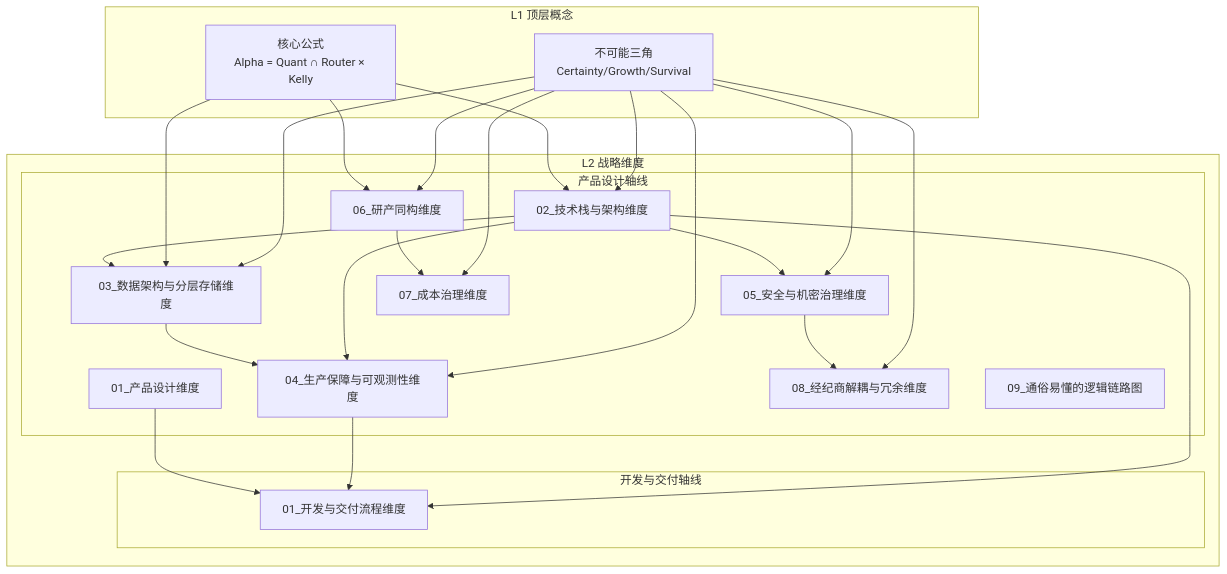
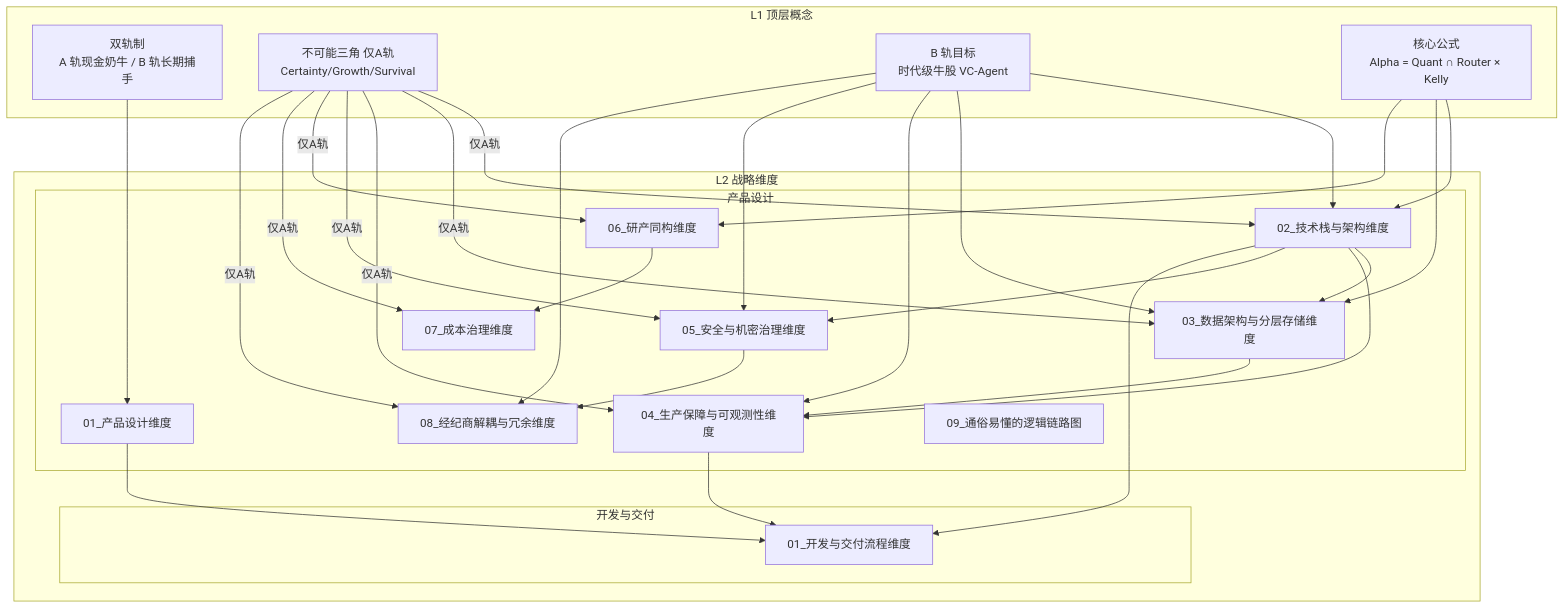
The diagram in 02_战略维度/00_维度关系总览.md (myxxhui/diting-doc), drawn with Mermaid before and after one commit. The commit also changed other lines of this file and 39 other files, not shown here.

````diff
--- a/02_战略维度/00_维度关系总览.md
+++ b/02_战略维度/00_维度关系总览.md
@@ -10,46 +14,54 @@
 ```mermaid
 flowchart TB
     subgraph L1[L1 顶层概念]
-        Triangle[不可能三角<br/>Certainty/Growth/Survival]
+        Barbell[双轨制<br/>A 轨现金奶牛 / B 轨长期捕手]
+        Triangle[不可能三角 仅A轨<br/>Certainty/Growth/Survival]
+        BGoal[B 轨目标<br/>时代级牛股 VC-Agent]
         Formula[核心公式<br/>Alpha = Quant ∩ Router × Kelly]
     end
-    
+
     subgraph L2[L2 战略维度]
-        subgraph 产品设计轴线[产品设计轴线]
+        subgraph 产品设计[产品设计]
             PD0[01_产品设计维度]
             PD1[02_技术栈与架构维度]
             PD2[03_数据架构与分层存储维度]
             PD3[04_生产保障与可观测性维度]
             PD4[05_安全与机密治理维度]
             PD5[06_研产同构维度]
             PD6[07_成本治理维度]
             PD7[08_经纪商解耦与冗余维度]
             PD8[09_通俗易懂的逻辑链路图]
         end
-        subgraph 开发与交付轴线[开发与交付轴线]
+        subgraph 开发与交付[开发与交付]
             DD1[01_开发与交付流程维度]
         end
     end
-    
-    Triangle --> PD1
-    Triangle --> PD2
-    Triangle --> PD3
-    Triangle --> PD4
-    Triangle --> PD5
-    Triangle --> PD6
-    Triangle --> PD7
-    
+
+    Barbell --> PD0
+    Triangle -->|仅A轨| PD1
+    Triangle -->|仅A轨| PD2
+    Triangle -->|仅A轨| PD3
+    Triangle -->|仅A轨| PD4
+    Triangle -->|仅A轨| PD5
+    Triangle -->|仅A轨| PD6
+    Triangle -->|仅A轨| PD7
+    BGoal --> PD1
+    BGoal --> PD2
+    BGoal --> PD3
+    BGoal --> PD4
+    BGoal --> PD7
+
     Formula --> PD1
     Formula --> PD2
     Formula --> PD5
-    
+
     PD1 --> PD2
     PD1 --> PD3
     PD1 --> PD4
     PD2 --> PD3
     PD4 --> PD7
     PD5 --> PD6
     PD1 --> DD1
     PD3 --> DD1
     PD0 --> DD1
 ```
````
